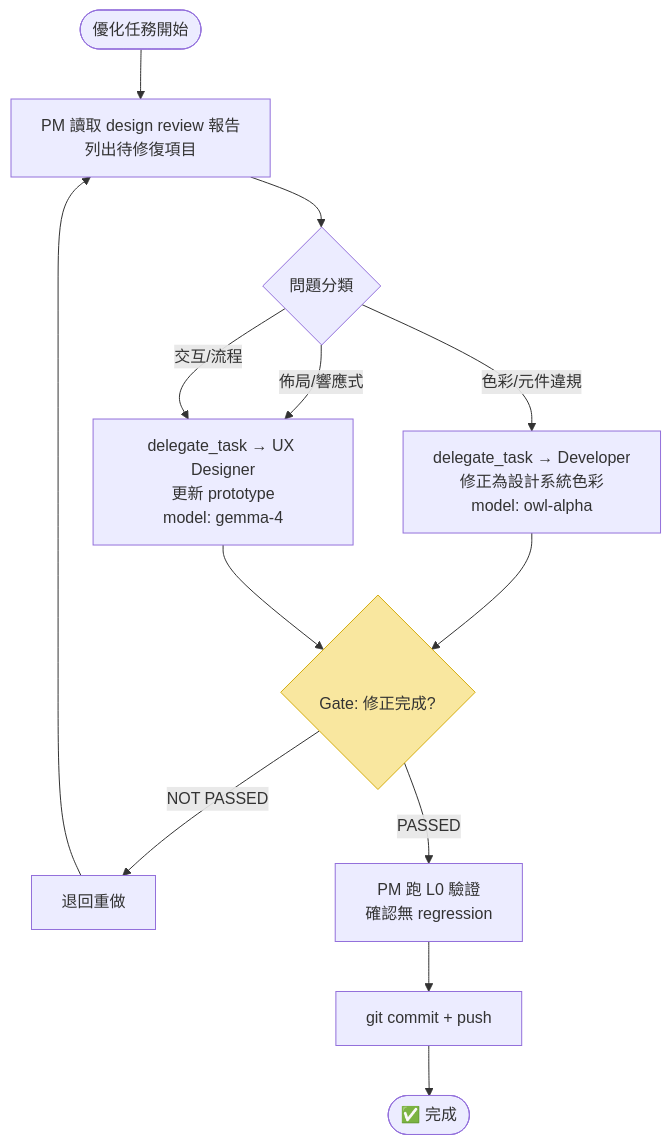
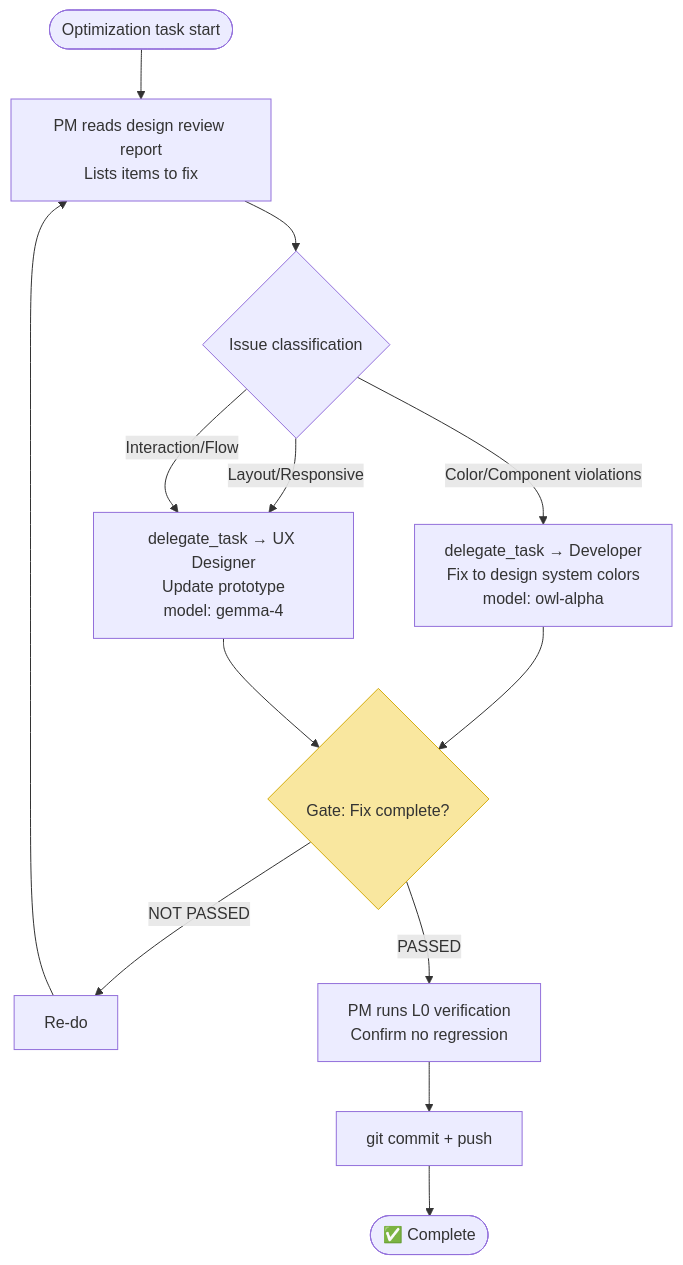
One commit to dyphn1/stock-explorer changed the seventh of 7 diagrams in docs/diagrams/flow.md. Above: the diagram before and after it, drawn with Mermaid. The commit also changed other lines of this file and 40 other files, not shown here.

````diff
--- a/docs/diagrams/flow.md
+++ b/docs/diagrams/flow.md
@@ -196,22 +196,22 @@
 ```mermaid
 flowchart TD
-    START([優化任務開始]) --> READ[PM 讀取 design review 報告<br/>列出待修復項目]
+    START([Optimization task start]) --> READ[PM reads design review report<br/>Lists items to fix]
 
-    READ --> CLASSIFY{問題分類}
+    READ --> CLASSIFY{Issue classification}
 
-    CLASSIFY -->|色彩/元件違規| DELEGATE_DEV[delegate_task → Developer<br/>修正為設計系統色彩<br/>model: owl-alpha]
-    CLASSIFY -->|佈局/響應式| DELEGATE_UX[delegate_task → UX Designer<br/>更新 prototype<br/>model: gemma-4]
-    CLASSIFY -->|交互/流程| DELEGATE_UX
+    CLASSIFY -->|Color/Component violations| DELEGATE_DEV[delegate_task → Developer<br/>Fix to design system colors<br/>model: owl-alpha]
+    CLASSIFY -->|Layout/Responsive| DELEGATE_UX[delegate_task → UX Designer<br/>Update prototype<br/>model: gemma-4]
+    CLASSIFY -->|Interaction/Flow| DELEGATE_UX
 
-    DELEGATE_DEV --> GATE{<br/>Gate: 修正完成?}
+    DELEGATE_DEV --> GATE{<br/>Gate: Fix complete?}
     DELEGATE_UX --> GATE
 
-    GATE -->|NOT PASSED| BACK[退回重做]
+    GATE -->|NOT PASSED| BACK[Re-do]
     BACK --> READ
 
-    GATE -->|PASSED| VERIFY[PM 跑 L0 驗證<br/>確認無 regression]
+    GATE -->|PASSED| VERIFY[PM runs L0 verification<br/>Confirm no regression]
     VERIFY --> COMMIT[git commit + push]
-    COMMIT --> END([✅ 完成])
+    COMMIT --> END([✅ Complete])
 
     style GATE fill:#f9e79f,stroke:#d4ac0d
 ```
````
